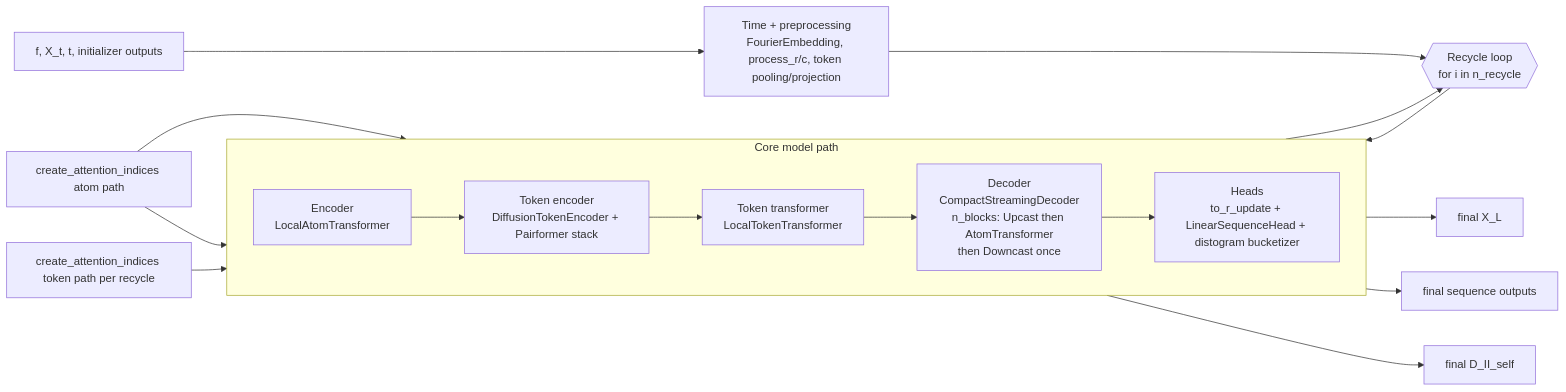
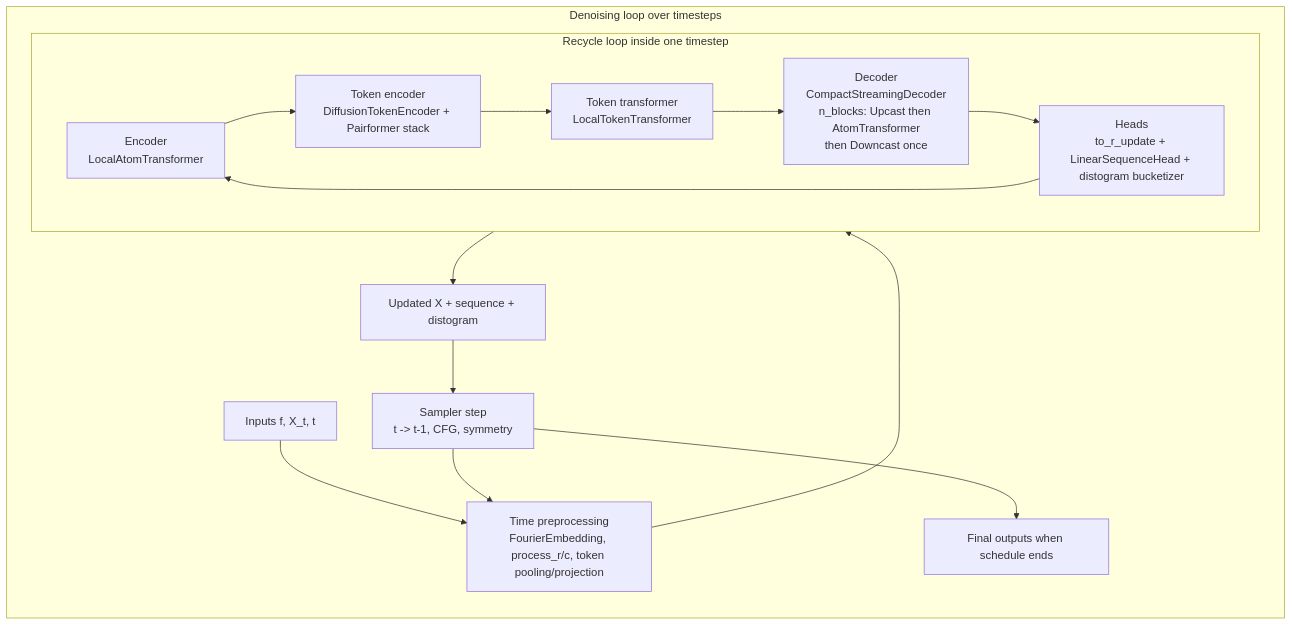
Before and after one commit to RTae/foundry: the third of 3 diagrams in models/rfd3/ARCHITECTURE_README.md, drawn with Mermaid. The commit also changed other lines of this file, not shown here.

Commit message:
refactor: restructure denoising and recycle loop diagrams for clarity in ARCHITECTURE_README.md

````diff
--- a/models/rfd3/ARCHITECTURE_README.md
+++ b/models/rfd3/ARCHITECTURE_README.md
@@ -153,26 +153,22 @@
 ```mermaid
 flowchart LR
-   In[f, X_t, t, initializer outputs] --> Prep[Time + preprocessing\nFourierEmbedding, process_r/c, token pooling/projection]
-   Prep --> Loop{{Recycle loop\nfor i in n_recycle}}
+   subgraph Outer[Denoising loop over timesteps]
+      IN[Inputs f, X_t, t] --> Prep[Time preprocessing\nFourierEmbedding, process_r/c, token pooling/projection]
+      Prep --> ENC
 
-   subgraph Core[Core model path]
-      direction LR
-      ENC[Encoder\nLocalAtomTransformer]
-      TOK[Token encoder\nDiffusionTokenEncoder + Pairformer stack]
-      TR[Token transformer\nLocalTokenTransformer]
-      DEC[Decoder\nCompactStreamingDecoder\nn_blocks: Upcast then AtomTransformer\nthen Downcast once]
-      HD[Heads\nto_r_update + LinearSequenceHead + distogram bucketizer]
-      ENC --> TOK --> TR --> DEC --> HD
+      subgraph Inner[Recycle loop inside one timestep]
+         direction LR
+         ENC[Encoder\nLocalAtomTransformer]
+         TOK[Token encoder\nDiffusionTokenEncoder + Pairformer stack]
+         TR[Token transformer\nLocalTokenTransformer]
+         DEC[Decoder\nCompactStreamingDecoder\nn_blocks: Upcast then AtomTransformer\nthen Downcast once]
+         HD[Heads\nto_r_update + LinearSequenceHead + distogram bucketizer]
+         ENC --> TOK --> TR --> DEC --> HD --> ENC
+      end
+
+      HD --> Xout[Updated X + sequence + distogram]
+      Xout --> SAMP[Sampler step\nt -> t-1, CFG, symmetry]
+      SAMP --> Prep
+      SAMP --> OUT[Final outputs when schedule ends]
    end
-
-   Loop --> ENC
-   HD --> Loop
-
-   IDX_a[create_attention_indices atom path] --> ENC
-   IDX_a --> DEC
-   IDX_t[create_attention_indices token path per recycle] --> TR
-
-   HD --> Xout[final X_L]
-   HD --> Sout[final sequence outputs]
-   HD --> Dout[final D_II_self]
 ```
````
